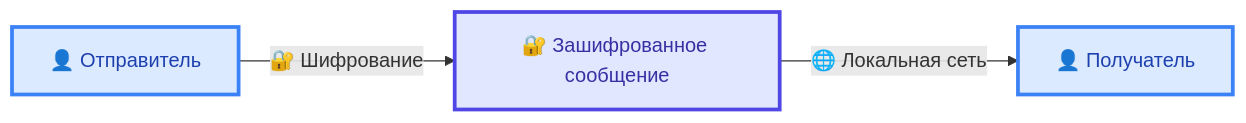
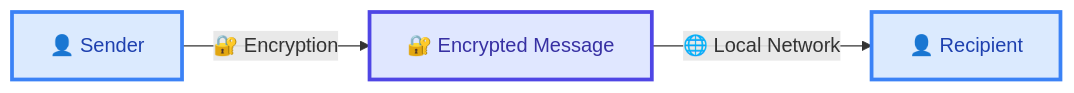
One commit to CasCadeVR/MIN changed the third of 3 diagrams in README.md. Above: the diagram before and after it, drawn with Mermaid. The commit also changed other lines of this file and 1 other file, not shown here.

````diff
--- a/README.md
+++ b/README.md
@@ -222,13 +224,13 @@
 ```mermaid
 flowchart LR
     classDef sender fill:#dbeafe,stroke:#3b82f6,stroke-width:3px,color:#1e40af
     classDef encrypted fill:#e0e7ff,stroke:#4f46e5,stroke-width:3px,color:#3730a3
     classDef recipient fill:#dbeafe,stroke:#3b82f6,stroke-width:3px,color:#1e40af
     
-    A["👤 Отправитель"] -->|"🔐 Шифрование"| B["🔐 Зашифрованное сообщение"]
-    B -->|"🌐 Локальная сеть"| C["👤 Получатель"]
+    A["👤 Sender"] -->|"🔐 Encryption"| B["🔐 Encrypted Message"]
+    B -->|"🌐 Local Network"| C["👤 Recipient"]
     
     class A sender;
     class B encrypted;
     class C recipient
 ```
````
